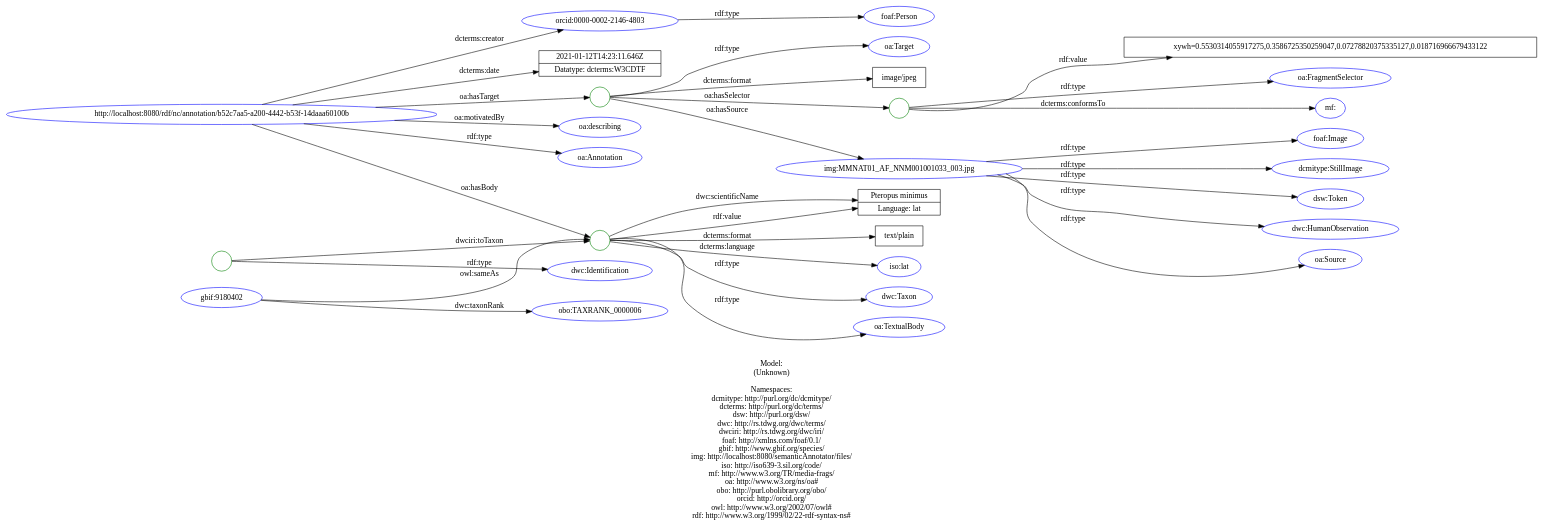
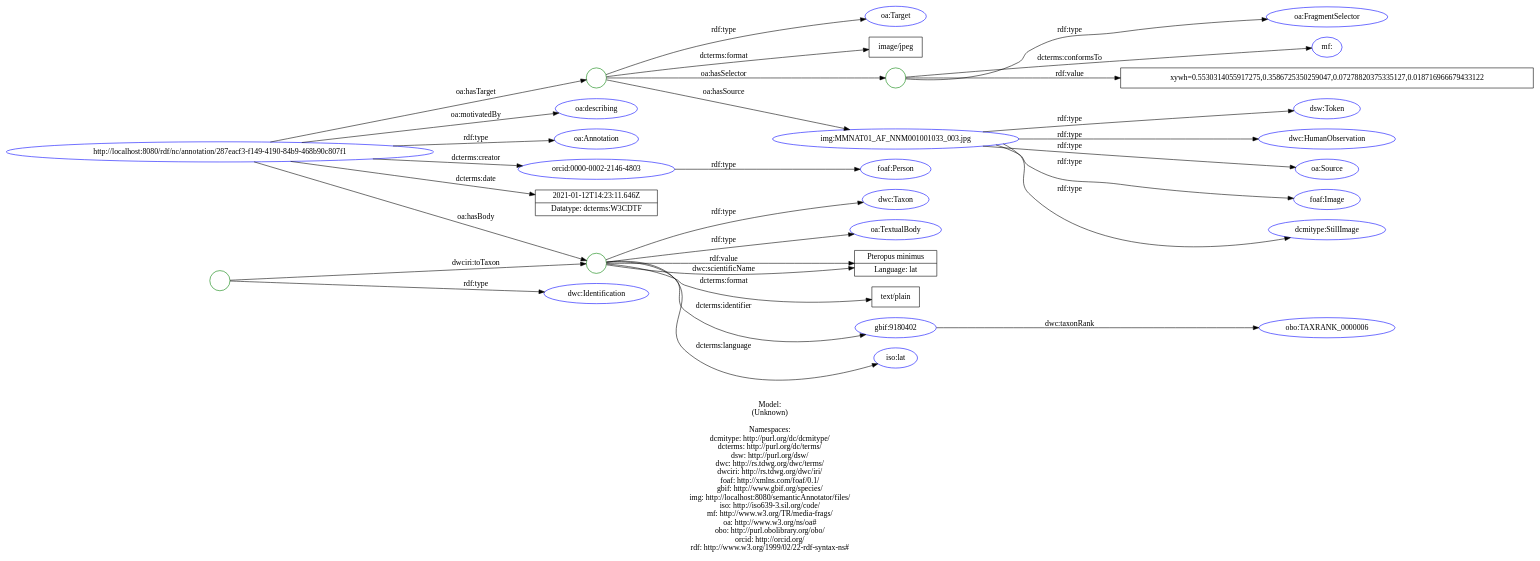
One commit to lisestork/SFB-Annotator changed the diagram in doc/models/example_1_1.dot. Above: the diagram before and after it, drawn with Graphviz. The commit also changed 5 other files, not shown here.

Commit message:
Update data model: example 1_1 #81. - remove/add predicates: owl:sameAs/dcterms:identifier

```diff
--- a/doc/models/example_1_1.dot
+++ b/doc/models/example_1_1.dot
@@ -1,71 +1,71 @@
 digraph {
 	rankdir = LR;
 	charset="utf-8";
 
-	"Rhttp://localhost:8080/rdf/nc/annotation/b52c7aa5-a200-4442-b53f-14daaa60100b" -> "Roa:Annotation" [ label="rdf:type" ];
-	"Rhttp://localhost:8080/rdf/nc/annotation/b52c7aa5-a200-4442-b53f-14daaa60100b" -> "Rorcid:0000-0002-2146-4803" [ label="dcterms:creator" ];
-	"Rhttp://localhost:8080/rdf/nc/annotation/b52c7aa5-a200-4442-b53f-14daaa60100b" -> "L2021-01-12T14:23:11.646Z|Datatype: dcterms:W3CDTF" [ label="dcterms:date" ];
-	"Rhttp://localhost:8080/rdf/nc/annotation/b52c7aa5-a200-4442-b53f-14daaa60100b" -> "B_:node1evgqka3hx9" [ label="oa:hasBody" ];
-	"B_:node1evgqka3hx9" -> "Rdwc:Taxon" [ label="rdf:type" ];
-	"B_:node1evgqka3hx9" -> "Roa:TextualBody" [ label="rdf:type" ];
-	"B_:node1evgqka3hx9" -> "Ltext/plain" [ label="dcterms:format" ];
-	"B_:node1evgqka3hx9" -> "Riso:lat" [ label="dcterms:language" ];
-	"B_:node1evgqka3hx9" -> "LPteropus minimus|Language: lat" [ label="dwc:scientificName" ];
-	"B_:node1evgqka3hx9" -> "LPteropus minimus|Language: lat" [ label="rdf:value" ];
-	"Rhttp://localhost:8080/rdf/nc/annotation/b52c7aa5-a200-4442-b53f-14daaa60100b" -> "B_:node1evgqka3hx8" [ label="oa:hasTarget" ];
-	"B_:node1evgqka3hx8" -> "Roa:Target" [ label="rdf:type" ];
-	"B_:node1evgqka3hx8" -> "Limage/jpeg" [ label="dcterms:format" ];
-	"B_:node1evgqka3hx8" -> "B_:node1evgqka3hx11" [ label="oa:hasSelector" ];
-	"B_:node1evgqka3hx11" -> "Roa:FragmentSelector" [ label="rdf:type" ];
-	"B_:node1evgqka3hx11" -> "Rmf:" [ label="dcterms:conformsTo" ];
-	"B_:node1evgqka3hx11" -> "Lxywh=0.5530314055917275,0.3586725350259047,0.07278820375335127,0.018716966679433122" [ label="rdf:value" ];
-	"B_:node1evgqka3hx8" -> "Rimg:MMNAT01_AF_NNM001001033_003.jpg" [ label="oa:hasSource" ];
-	"Rhttp://localhost:8080/rdf/nc/annotation/b52c7aa5-a200-4442-b53f-14daaa60100b" -> "Roa:describing" [ label="oa:motivatedBy" ];
+	"Rhttp://localhost:8080/rdf/nc/annotation/287eacf3-f149-4190-84b9-468b90c807f1" -> "Roa:Annotation" [ label="rdf:type" ];
+	"Rhttp://localhost:8080/rdf/nc/annotation/287eacf3-f149-4190-84b9-468b90c807f1" -> "Rorcid:0000-0002-2146-4803" [ label="dcterms:creator" ];
+	"Rhttp://localhost:8080/rdf/nc/annotation/287eacf3-f149-4190-84b9-468b90c807f1" -> "L2021-01-12T14:23:11.646Z|Datatype: dcterms:W3CDTF" [ label="dcterms:date" ];
+	"Rhttp://localhost:8080/rdf/nc/annotation/287eacf3-f149-4190-84b9-468b90c807f1" -> "B_:node1f09255tgx9" [ label="oa:hasBody" ];
+	"B_:node1f09255tgx9" -> "Rdwc:Taxon" [ label="rdf:type" ];
+	"B_:node1f09255tgx9" -> "Roa:TextualBody" [ label="rdf:type" ];
+	"B_:node1f09255tgx9" -> "Ltext/plain" [ label="dcterms:format" ];
+	"B_:node1f09255tgx9" -> "Rgbif:9180402" [ label="dcterms:identifier" ];
+	"B_:node1f09255tgx9" -> "Riso:lat" [ label="dcterms:language" ];
+	"B_:node1f09255tgx9" -> "LPteropus minimus|Language: lat" [ label="dwc:scientificName" ];
+	"B_:node1f09255tgx9" -> "LPteropus minimus|Language: lat" [ label="rdf:value" ];
+	"Rhttp://localhost:8080/rdf/nc/annotation/287eacf3-f149-4190-84b9-468b90c807f1" -> "B_:node1f09255tgx8" [ label="oa:hasTarget" ];
+	"B_:node1f09255tgx8" -> "Roa:Target" [ label="rdf:type" ];
+	"B_:node1f09255tgx8" -> "Limage/jpeg" [ label="dcterms:format" ];
+	"B_:node1f09255tgx8" -> "B_:node1f09255tgx11" [ label="oa:hasSelector" ];
+	"B_:node1f09255tgx11" -> "Roa:FragmentSelector" [ label="rdf:type" ];
+	"B_:node1f09255tgx11" -> "Rmf:" [ label="dcterms:conformsTo" ];
+	"B_:node1f09255tgx11" -> "Lxywh=0.5530314055917275,0.3586725350259047,0.07278820375335127,0.018716966679433122" [ label="rdf:value" ];
+	"B_:node1f09255tgx8" -> "Rimg:MMNAT01_AF_NNM001001033_003.jpg" [ label="oa:hasSource" ];
+	"Rhttp://localhost:8080/rdf/nc/annotation/287eacf3-f149-4190-84b9-468b90c807f1" -> "Roa:describing" [ label="oa:motivatedBy" ];
 	"Rorcid:0000-0002-2146-4803" -> "Rfoaf:Person" [ label="rdf:type" ];
 	"Rimg:MMNAT01_AF_NNM001001033_003.jpg" -> "Rdcmitype:StillImage" [ label="rdf:type" ];
 	"Rimg:MMNAT01_AF_NNM001001033_003.jpg" -> "Rdsw:Token" [ label="rdf:type" ];
 	"Rimg:MMNAT01_AF_NNM001001033_003.jpg" -> "Rdwc:HumanObservation" [ label="rdf:type" ];
 	"Rimg:MMNAT01_AF_NNM001001033_003.jpg" -> "Roa:Source" [ label="rdf:type" ];
 	"Rimg:MMNAT01_AF_NNM001001033_003.jpg" -> "Rfoaf:Image" [ label="rdf:type" ];
 	"Rgbif:9180402" -> "Robo:TAXRANK_0000006" [ label="dwc:taxonRank" ];
-	"Rgbif:9180402" -> "B_:node1evgqka3hx9" [ label="owl:sameAs" ];
-	"B_:node1evgqka3hx7" -> "Rdwc:Identification" [ label="rdf:type" ];
-	"B_:node1evgqka3hx7" -> "B_:node1evgqka3hx9" [ label="dwciri:toTaxon" ];
+	"B_:node1f09255tgx7" -> "Rdwc:Identification" [ label="rdf:type" ];
+	"B_:node1f09255tgx7" -> "B_:node1f09255tgx9" [ label="dwciri:toTaxon" ];
 
 	// Resources
-	"Rhttp://localhost:8080/rdf/nc/annotation/b52c7aa5-a200-4442-b53f-14daaa60100b" [ label="http://localhost:8080/rdf/nc/annotation/b52c7aa5-a200-4442-b53f-14daaa60100b", shape = ellipse, color = blue ];
+	"Rhttp://localhost:8080/rdf/nc/annotation/287eacf3-f149-4190-84b9-468b90c807f1" [ label="http://localhost:8080/rdf/nc/annotation/287eacf3-f149-4190-84b9-468b90c807f1", shape = ellipse, color = blue ];
 	"Roa:Annotation" [ label="oa:Annotation", shape = ellipse, color = blue ];
 	"Rorcid:0000-0002-2146-4803" [ label="orcid:0000-0002-2146-4803", shape = ellipse, color = blue ];
 	"Rdwc:Taxon" [ label="dwc:Taxon", shape = ellipse, color = blue ];
 	"Roa:TextualBody" [ label="oa:TextualBody", shape = ellipse, color = blue ];
+	"Rgbif:9180402" [ label="gbif:9180402", shape = ellipse, color = blue ];
 	"Riso:lat" [ label="iso:lat", shape = ellipse, color = blue ];
 	"Roa:Target" [ label="oa:Target", shape = ellipse, color = blue ];
 	"Roa:FragmentSelector" [ label="oa:FragmentSelector", shape = ellipse, color = blue ];
 	"Rmf:" [ label="mf:", shape = ellipse, color = blue ];
 	"Rimg:MMNAT01_AF_NNM001001033_003.jpg" [ label="img:MMNAT01_AF_NNM001001033_003.jpg", shape = ellipse, color = blue ];
 	"Roa:describing" [ label="oa:describing", shape = ellipse, color = blue ];
 	"Rfoaf:Person" [ label="foaf:Person", shape = ellipse, color = blue ];
 	"Rdcmitype:StillImage" [ label="dcmitype:StillImage", shape = ellipse, color = blue ];
 	"Rdsw:Token" [ label="dsw:Token", shape = ellipse, color = blue ];
 	"Rdwc:HumanObservation" [ label="dwc:HumanObservation", shape = ellipse, color = blue ];
 	"Roa:Source" [ label="oa:Source", shape = ellipse, color = blue ];
 	"Rfoaf:Image" [ label="foaf:Image", shape = ellipse, color = blue ];
-	"Rgbif:9180402" [ label="gbif:9180402", shape = ellipse, color = blue ];
 	"Robo:TAXRANK_0000006" [ label="obo:TAXRANK_0000006", shape = ellipse, color = blue ];
 	"Rdwc:Identification" [ label="dwc:Identification", shape = ellipse, color = blue ];
 
 	// Anonymous nodes
-	"B_:node1evgqka3hx9" [ label="", shape = circle, color = green ];
-	"B_:node1evgqka3hx8" [ label="", shape = circle, color = green ];
-	"B_:node1evgqka3hx11" [ label="", shape = circle, color = green ];
-	"B_:node1evgqka3hx7" [ label="", shape = circle, color = green ];
+	"B_:node1f09255tgx9" [ label="", shape = circle, color = green ];
+	"B_:node1f09255tgx8" [ label="", shape = circle, color = green ];
+	"B_:node1f09255tgx11" [ label="", shape = circle, color = green ];
+	"B_:node1f09255tgx7" [ label="", shape = circle, color = green ];
 
 	// Literals
 	"L2021-01-12T14:23:11.646Z|Datatype: dcterms:W3CDTF" [ label="2021-01-12T14:23:11.646Z|Datatype: dcterms:W3CDTF", shape = record ];
 	"Ltext/plain" [ label="text/plain", shape = record ];
 	"LPteropus minimus|Language: lat" [ label="Pteropus minimus|Language: lat", shape = record ];
 	"Limage/jpeg" [ label="image/jpeg", shape = record ];
 	"Lxywh=0.5530314055917275,0.3586725350259047,0.07278820375335127,0.018716966679433122" [ label="xywh=0.5530314055917275,0.3586725350259047,0.07278820375335127,0.018716966679433122", shape = record ];
 
-	label="\n\nModel:\n(Unknown)\n\nNamespaces:\ndcmitype: http://purl.org/dc/dcmitype/\ndcterms: http://purl.org/dc/terms/\ndsw: http://purl.org/dsw/\ndwc: http://rs.tdwg.org/dwc/terms/\ndwciri: http://rs.tdwg.org/dwc/iri/\nfoaf: http://xmlns.com/foaf/0.1/\ngbif: http://www.gbif.org/species/\nimg: http://localhost:8080/semanticAnnotator/files/\niso: http://iso639-3.sil.org/code/\nmf: http://www.w3.org/TR/media-frags/\noa: http://www.w3.org/ns/oa#\nobo: http://purl.obolibrary.org/obo/\norcid: http://orcid.org/\nowl: http://www.w3.org/2002/07/owl#\nrdf: http://www.w3.org/1999/02/22-rdf-syntax-ns#\n";
+	label="\n\nModel:\n(Unknown)\n\nNamespaces:\ndcmitype: http://purl.org/dc/dcmitype/\ndcterms: http://purl.org/dc/terms/\ndsw: http://purl.org/dsw/\ndwc: http://rs.tdwg.org/dwc/terms/\ndwciri: http://rs.tdwg.org/dwc/iri/\nfoaf: http://xmlns.com/foaf/0.1/\ngbif: http://www.gbif.org/species/\nimg: http://localhost:8080/semanticAnnotator/files/\niso: http://iso639-3.sil.org/code/\nmf: http://www.w3.org/TR/media-frags/\noa: http://www.w3.org/ns/oa#\nobo: http://purl.obolibrary.org/obo/\norcid: http://orcid.org/\nrdf: http://www.w3.org/1999/02/22-rdf-syntax-ns#\n";
 }
```
